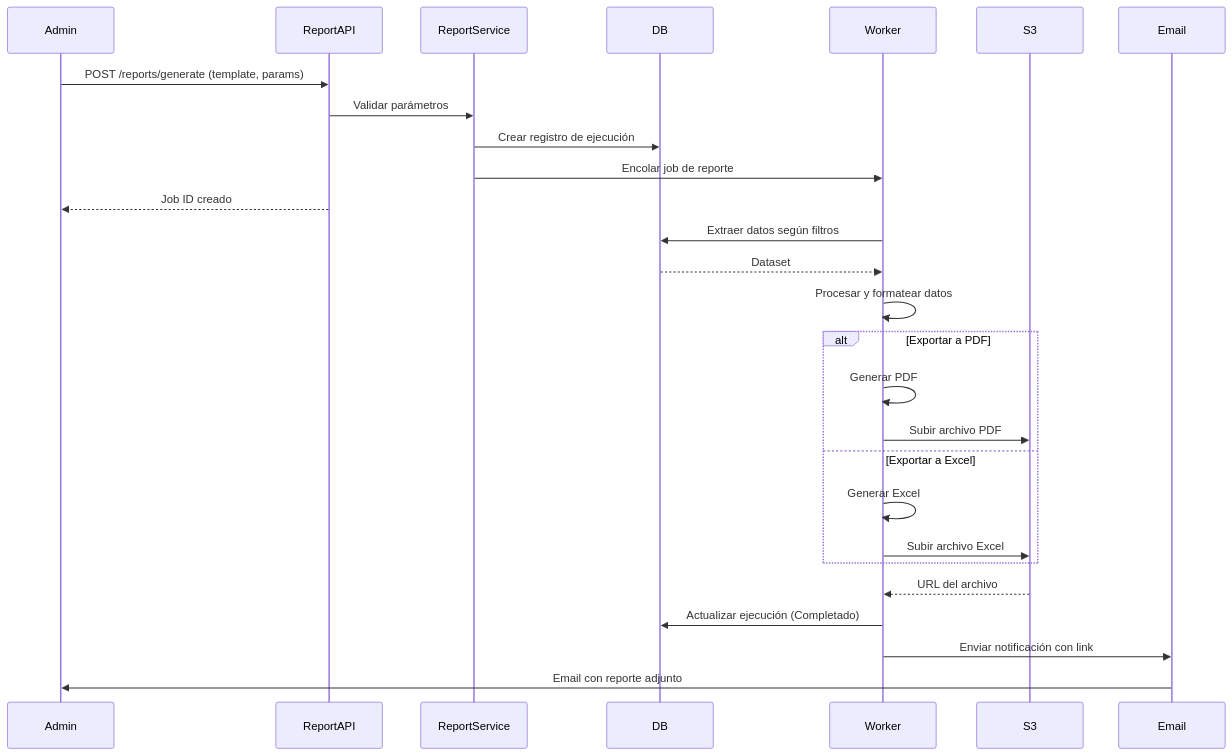
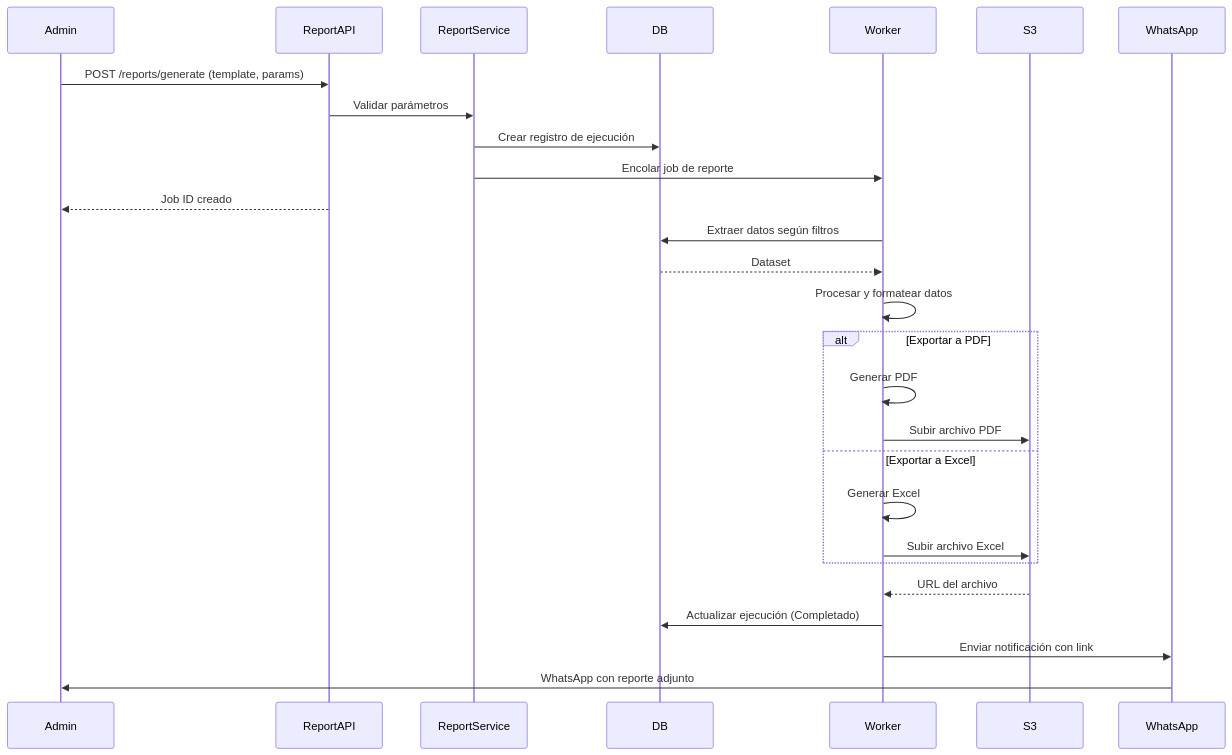
Before and after one commit to andrescastiglia/rent: the fifth of 14 diagrams in docs/technical/sequence.md, drawn with Mermaid. The commit also changed other lines of this file and 33 other files, not shown here.

First line of the commit message:
feat: integrate WhatsApp messaging for notifications and reminders

````diff
--- a/docs/technical/sequence.md
+++ b/docs/technical/sequence.md
@@ -115,34 +115,34 @@
 ```mermaid
 sequenceDiagram
     participant Admin
     participant ReportAPI
     participant ReportService
     participant DB
     participant Worker
     participant S3
-    participant Email
+    participant WhatsApp
 
     Admin->>ReportAPI: POST /reports/generate (template, params)
     ReportAPI->>ReportService: Validar parámetros
     ReportService->>DB: Crear registro de ejecución
     ReportService->>Worker: Encolar job de reporte
     ReportAPI-->>Admin: Job ID creado
 
     Worker->>DB: Extraer datos según filtros
     DB-->>Worker: Dataset
     
     Worker->>Worker: Procesar y formatear datos
     
     alt Exportar a PDF
         Worker->>Worker: Generar PDF
         Worker->>S3: Subir archivo PDF
     else Exportar a Excel
         Worker->>Worker: Generar Excel
         Worker->>S3: Subir archivo Excel
     end
     
     S3-->>Worker: URL del archivo
     Worker->>DB: Actualizar ejecución (Completado)
-    Worker->>Email: Enviar notificación con link
-    Email->>Admin: Email con reporte adjunto
+    Worker->>WhatsApp: Enviar notificación con link
+    WhatsApp->>Admin: WhatsApp con reporte adjunto
 ```
````
